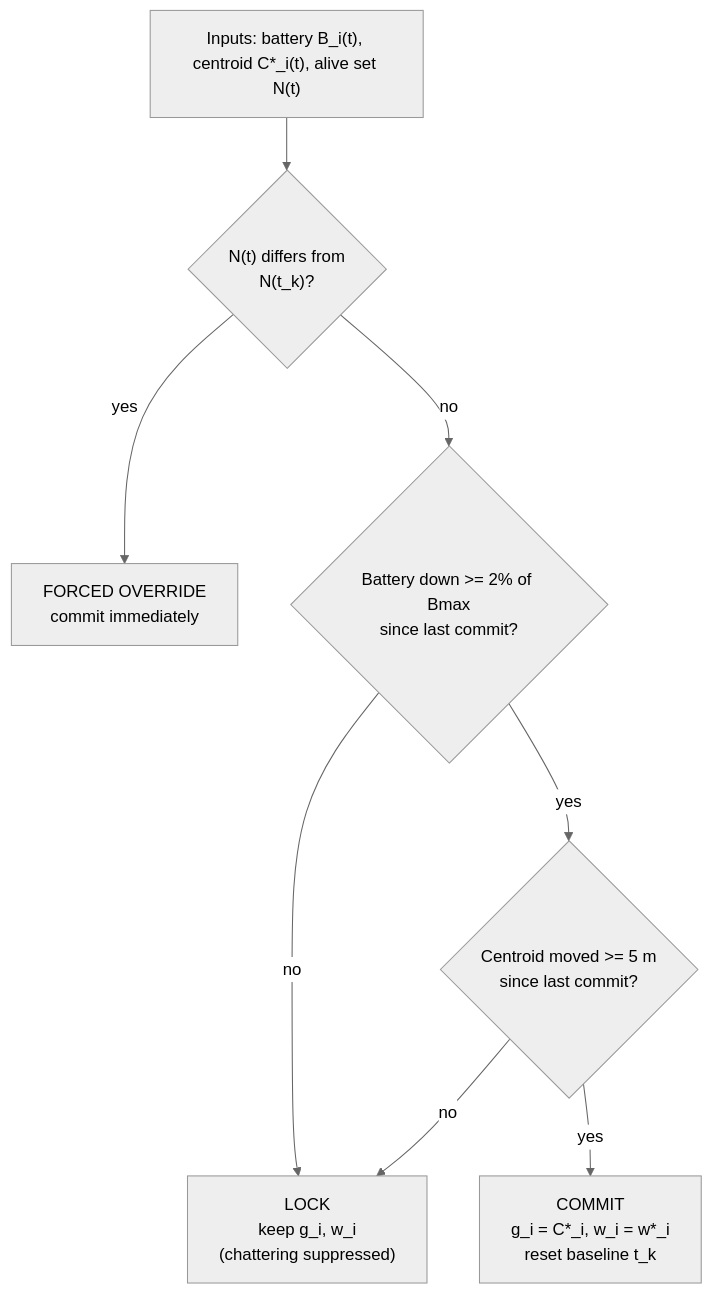
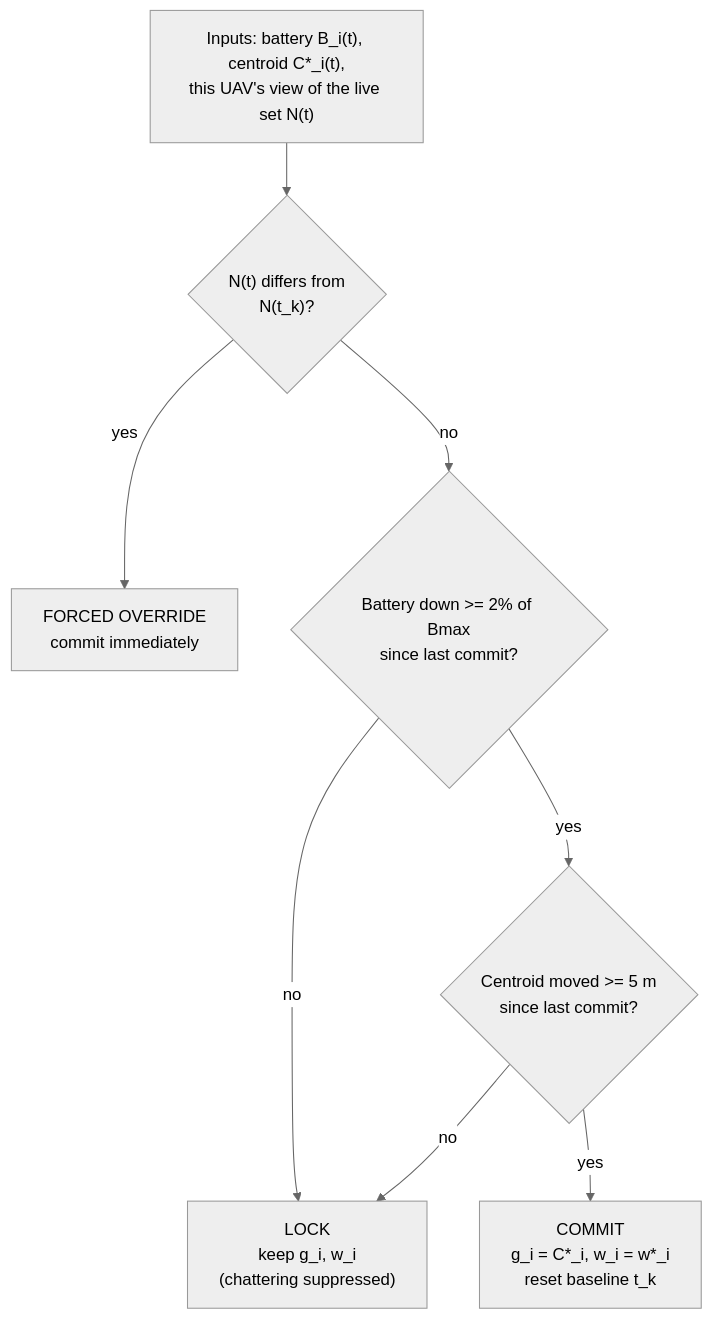
Before and after one commit to CodeWithDevesh/FlyNetSim: the fourth of 9 diagrams in docs/ARCHITECTURE_PROPOSAL.md, drawn with Mermaid (neutral theme). The commit also changed other lines of this file, not shown here.

Commit message:
docs: update architecture diagrams for decentralized control and store-carry-forward

````diff
--- a/docs/ARCHITECTURE_PROPOSAL.md
+++ b/docs/ARCHITECTURE_PROPOSAL.md
@@ -119,10 +127,10 @@
 ```mermaid
 flowchart TD
-  IN["Inputs: battery B_i(t), centroid C*_i(t), alive set N(t)"] --> Q1{"N(t) differs from<br/>N(t_k)?"}
+  IN["Inputs: battery B_i(t), centroid C*_i(t),<br/>this UAV's view of the live set N(t)"] --> Q1{"N(t) differs from<br/>N(t_k)?"}
   Q1 -- "yes" --> FORCE["FORCED OVERRIDE<br/>commit immediately"]
   Q1 -- "no" --> Q2{"Battery down >= 2% of Bmax<br/>since last commit?"}
   Q2 -- "no" --> LOCK["LOCK<br/>keep g_i, w_i<br/>(chattering suppressed)"]
   Q2 -- "yes" --> Q3{"Centroid moved >= 5 m<br/>since last commit?"}
   Q3 -- "no" --> LOCK
   Q3 -- "yes" --> COMMIT["COMMIT<br/>g_i = C*_i, w_i = w*_i<br/>reset baseline t_k"]
 ```
````
